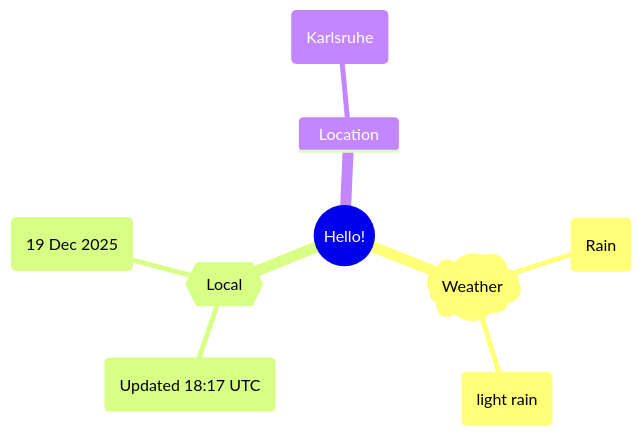
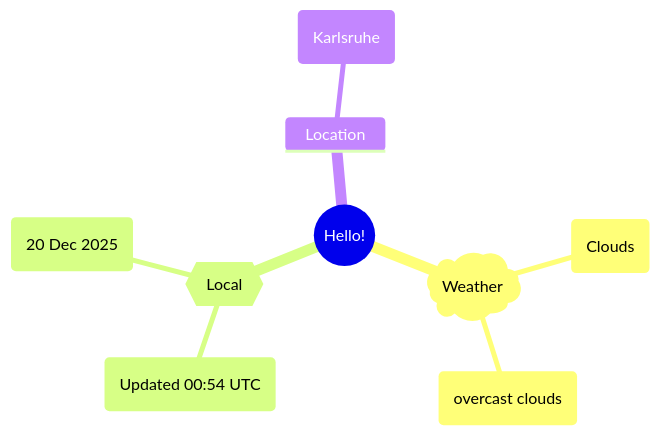
One commit to Xosrov/Xosrov changed the first of 2 diagrams in README.md. Above: the diagram before and after it, drawn with Mermaid.

Commit message:
[bot] updated images

````diff
--- a/README.md
+++ b/README.md
@@ -3,12 +3,12 @@
 ```mermaid
 mindmap
   root((Hello!))
     )Weather(
-        (Rain)
-        (light rain)
+        (Clouds)
+        (overcast clouds)
     {{Local}}
-        (Updated 18:17 UTC)
-        (19 Dec 2025)
+        (Updated 00:54 UTC)
+        (20 Dec 2025)
     Location
         (Karlsruhe)
 ```
````
